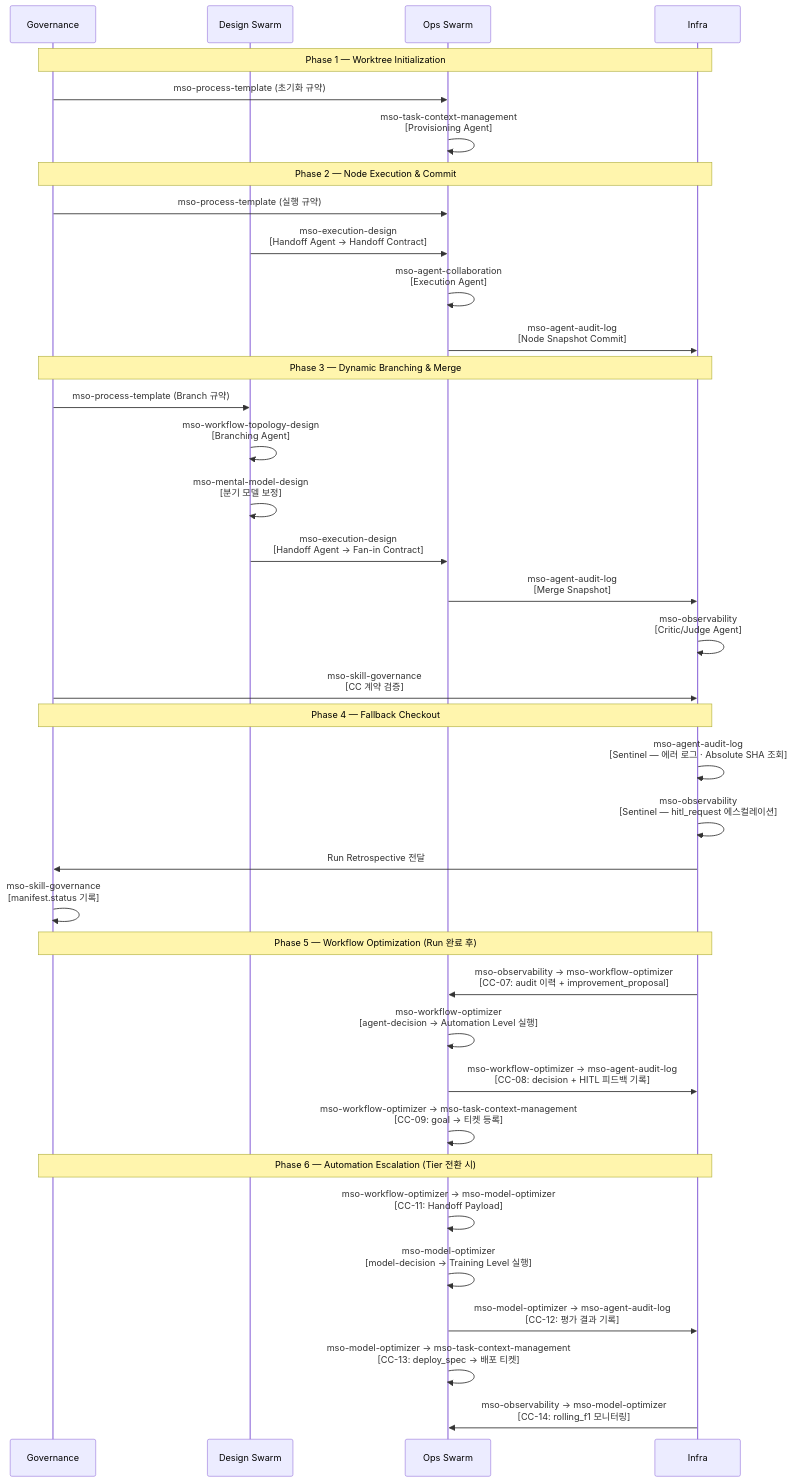
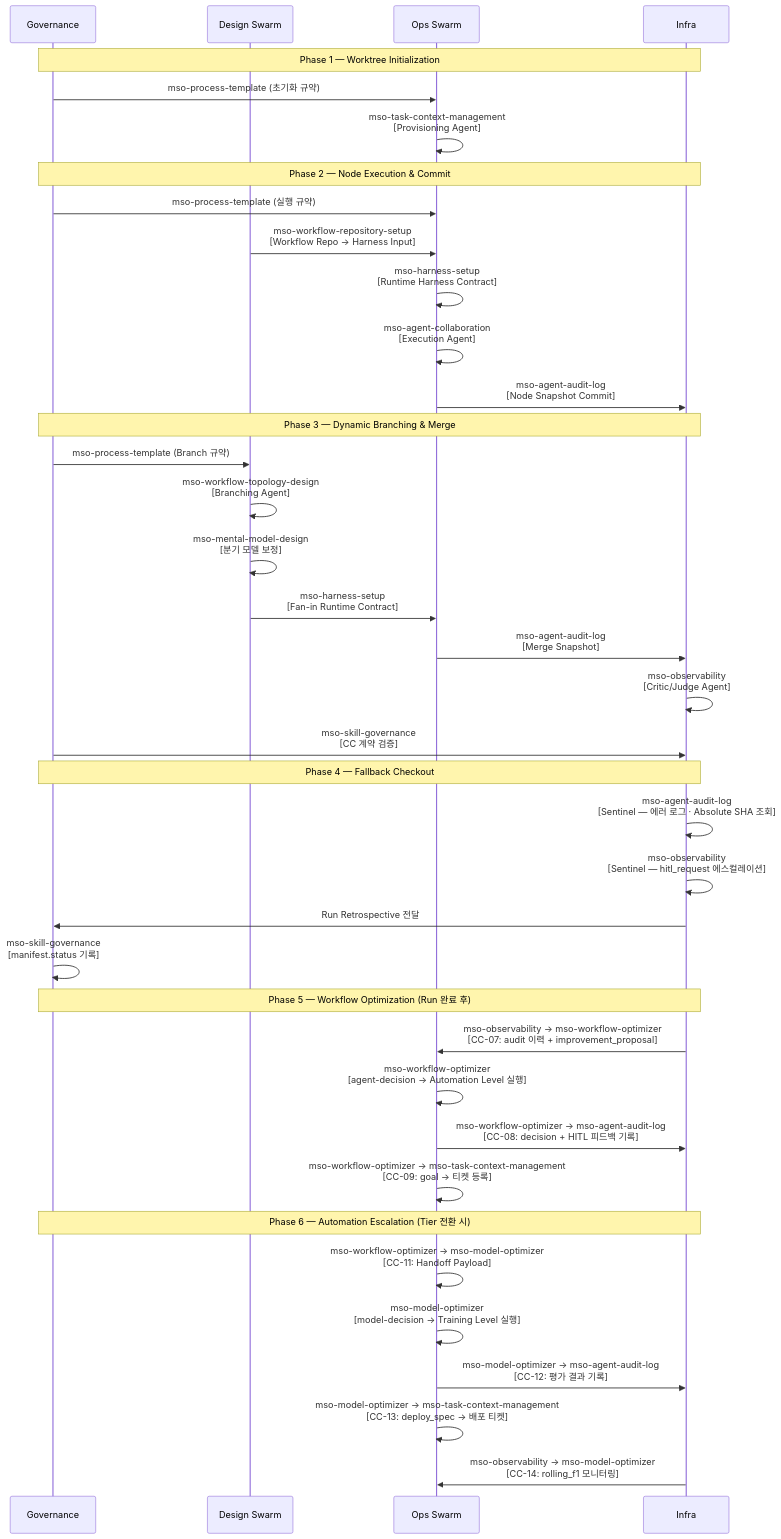
The diagram in docs/usage_matrix.md (WMJOON/multi-swarm-orchestrator), drawn with Mermaid before and after one commit. The commit also changed other lines of this file and 28 other files, not shown here.

Commit message:
feat(v0.2.2): add repository operating harness contracts

````diff
--- a/docs/usage_matrix.md
+++ b/docs/usage_matrix.md
@@ -115,45 +119,46 @@
 ```mermaid
 sequenceDiagram
     participant Gov as Governance
     participant DS as Design Swarm
     participant Ops as Ops Swarm
     participant Infra as Infra
 
     Note over Gov,Infra: Phase 1 — Worktree Initialization
     Gov->>Ops: mso-process-template (초기화 규약)
     Ops->>Ops: mso-task-context-management<br/>[Provisioning Agent]
 
     Note over Gov,Infra: Phase 2 — Node Execution & Commit
     Gov->>Ops: mso-process-template (실행 규약)
-    DS->>Ops: mso-execution-design<br/>[Handoff Agent → Handoff Contract]
+    DS->>Ops: mso-workflow-repository-setup<br/>[Workflow Repo → Harness Input]
+    Ops->>Ops: mso-harness-setup<br/>[Runtime Harness Contract]
     Ops->>Ops: mso-agent-collaboration<br/>[Execution Agent]
     Ops->>Infra: mso-agent-audit-log<br/>[Node Snapshot Commit]
 
     Note over Gov,Infra: Phase 3 — Dynamic Branching & Merge
     Gov->>DS: mso-process-template (Branch 규약)
     DS->>DS: mso-workflow-topology-design<br/>[Branching Agent]
     DS->>DS: mso-mental-model-design<br/>[분기 모델 보정]
-    DS->>Ops: mso-execution-design<br/>[Handoff Agent → Fan-in Contract]
+    DS->>Ops: mso-harness-setup<br/>[Fan-in Runtime Contract]
     Ops->>Infra: mso-agent-audit-log<br/>[Merge Snapshot]
     Infra->>Infra: mso-observability<br/>[Critic/Judge Agent]
     Gov->>Infra: mso-skill-governance<br/>[CC 계약 검증]
 
     Note over Gov,Infra: Phase 4 — Fallback Checkout
     Infra->>Infra: mso-agent-audit-log<br/>[Sentinel — 에러 로그 · Absolute SHA 조회]
     Infra->>Infra: mso-observability<br/>[Sentinel — hitl_request 에스컬레이션]
     Infra->>Gov: Run Retrospective 전달
     Gov->>Gov: mso-skill-governance<br/>[manifest.status 기록]
 
     Note over Gov,Infra: Phase 5 — Workflow Optimization (Run 완료 후)
     Infra->>Ops: mso-observability → mso-workflow-optimizer<br/>[CC-07: audit 이력 + improvement_proposal]
     Ops->>Ops: mso-workflow-optimizer<br/>[agent-decision → Automation Level 실행]
     Ops->>Infra: mso-workflow-optimizer → mso-agent-audit-log<br/>[CC-08: decision + HITL 피드백 기록]
     Ops->>Ops: mso-workflow-optimizer → mso-task-context-management<br/>[CC-09: goal → 티켓 등록]
 
     Note over Gov,Infra: Phase 6 — Automation Escalation (Tier 전환 시)
     Ops->>Ops: mso-workflow-optimizer → mso-model-optimizer<br/>[CC-11: Handoff Payload]
     Ops->>Ops: mso-model-optimizer<br/>[model-decision → Training Level 실행]
     Ops->>Infra: mso-model-optimizer → mso-agent-audit-log<br/>[CC-12: 평가 결과 기록]
     Ops->>Ops: mso-model-optimizer → mso-task-context-management<br/>[CC-13: deploy_spec → 배포 티켓]
     Infra->>Ops: mso-observability → mso-model-optimizer<br/>[CC-14: rolling_f1 모니터링]
 ```
````
